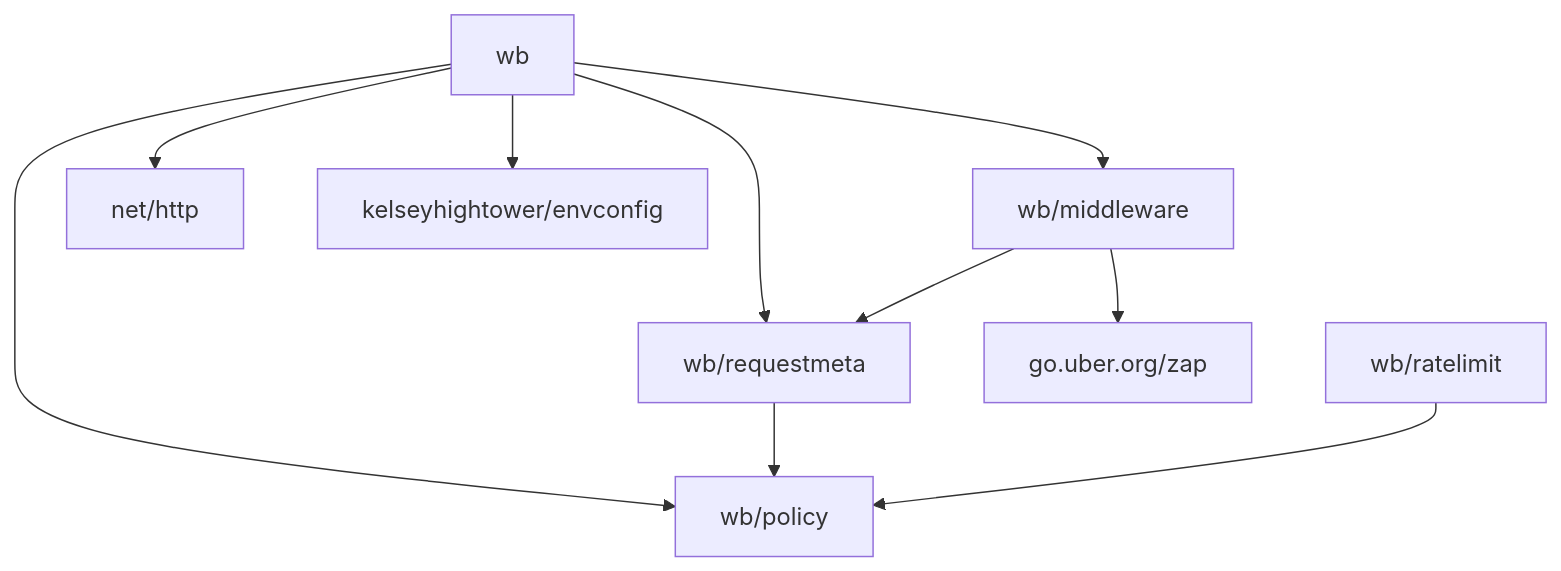
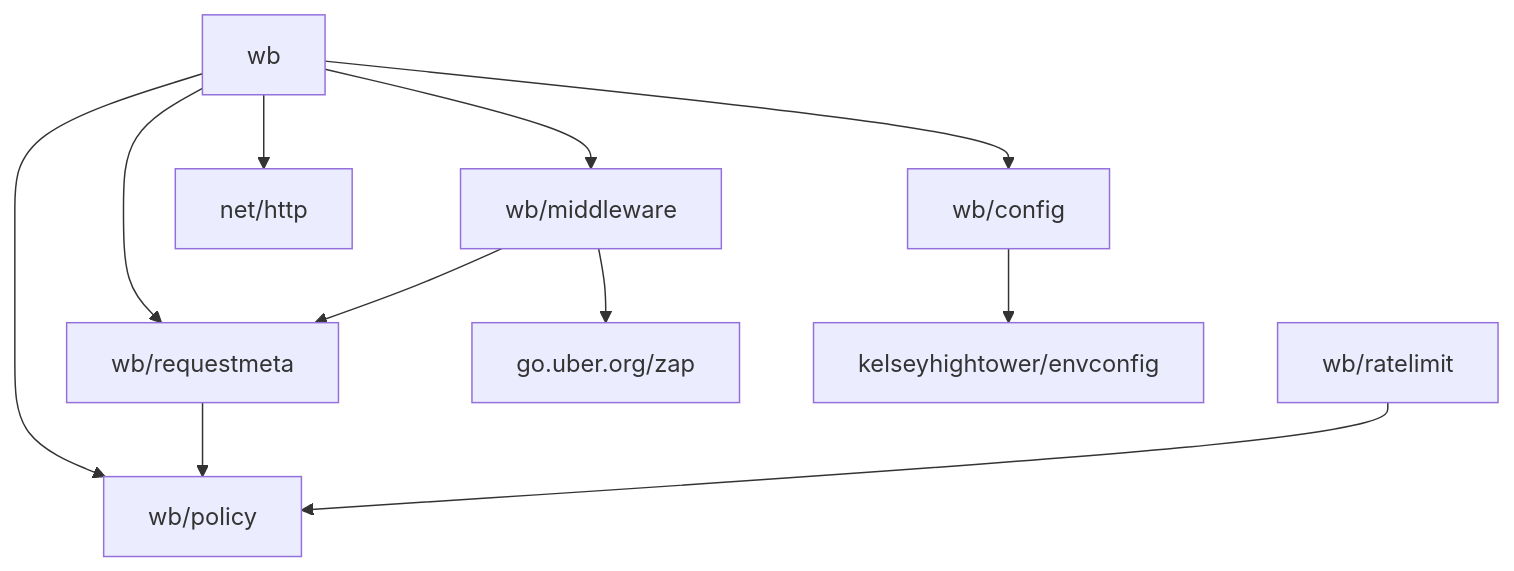
One commit to ERONIS/wb-service changed the second of 5 diagrams in doc/wb-transport-architecture.md. Above: the diagram before and after it, drawn with Mermaid. The commit also changed other lines of this file and 11 other files, not shown here.

````diff
--- a/doc/wb-transport-architecture.md
+++ b/doc/wb-transport-architecture.md
@@ -100,13 +99,14 @@
 ```mermaid
 flowchart TD
     Root[wb] --> Middleware[wb/middleware]
     Root --> Policy[wb/policy]
     Root --> Metadata[wb/requestmeta]
+    Root --> Config[wb/config]
     Middleware --> Metadata
     Metadata --> Policy
     RateLimit[wb/ratelimit] --> Policy
 
     Root --> NetHTTP[net/http]
     Middleware --> Zap[go.uber.org/zap]
-    Root --> Envconfig[kelseyhightower/envconfig]
+    Config --> Envconfig[kelseyhightower/envconfig]
 ```
````
